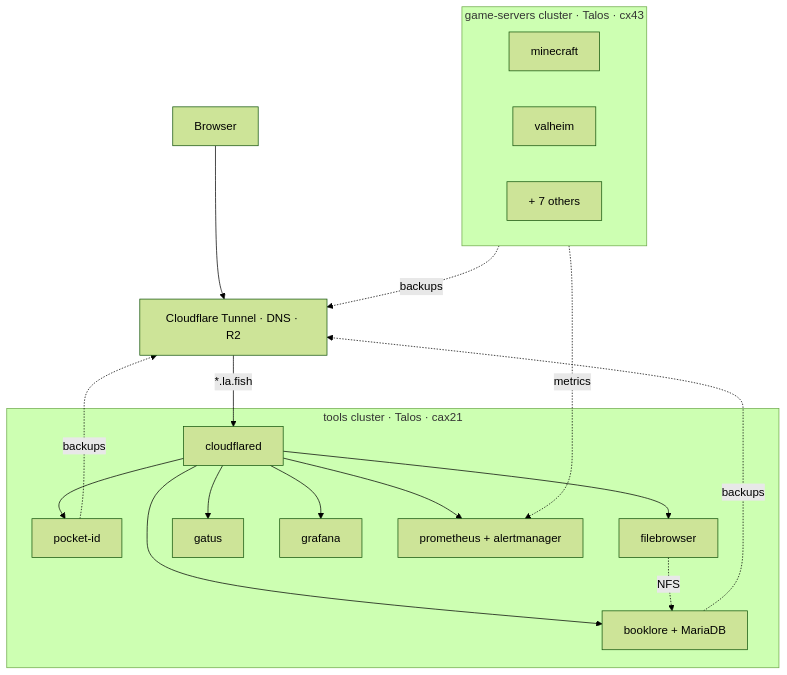
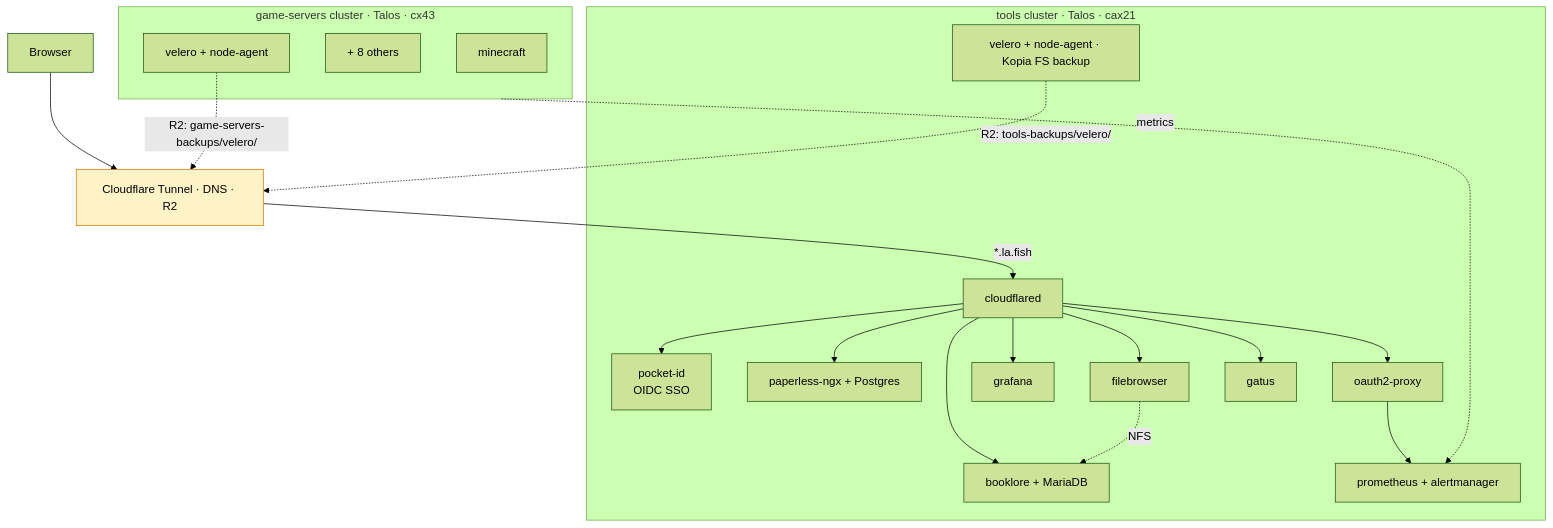
The diagram in README.md (idarlafish/homelab), drawn with Mermaid (forest theme) before and after one commit. The commit also changed other lines of this file and 34 other files, not shown here.

````diff
--- a/README.md
+++ b/README.md
@@ -11,26 +11,33 @@
 ```mermaid
 flowchart TD
     Browser --> CF[Cloudflare Tunnel · DNS · R2]
 
     subgraph TOOLS[tools cluster · Talos · cax21]
-        CFD[cloudflared] --> PID[pocket-id]
+        CFD[cloudflared]
+        CFD --> PID[pocket-id<br/>OIDC SSO]
         CFD --> BL[booklore + MariaDB]
+        CFD --> PL[paperless-ngx + Postgres]
         CFD --> FB[filebrowser]
+        CFD --> GRF[grafana]
+        CFD --> O2P[oauth2-proxy] --> PRM[prometheus + alertmanager]
         CFD --> GTS[gatus]
-        CFD --> GRF[grafana]
-        CFD --> PRM[prometheus + alertmanager]
+
+        VLR[velero + node-agent · Kopia FS backup]
         FB -. NFS .-> BL
     end
 
     subgraph GAMES[game-servers cluster · Talos · cx43]
         MC[minecraft]
-        VH[valheim]
-        OTH[+ 7 others]
+        OTH[+ 8 others]
+        VLG[velero + node-agent]
     end
 
     CF -->|*.la.fish| CFD
     GAMES -. metrics .-> PRM
-    BL -. backups .-> CF
-    PID -. backups .-> CF
-    GAMES -. backups .-> CF
+
+    VLR -. R2: tools-backups/velero/ .-> CF
+    VLG -. R2: game-servers-backups/velero/ .-> CF
+
+    classDef storage fill:#fef3c7,stroke:#d97706
+    class CF storage
 ```
````
